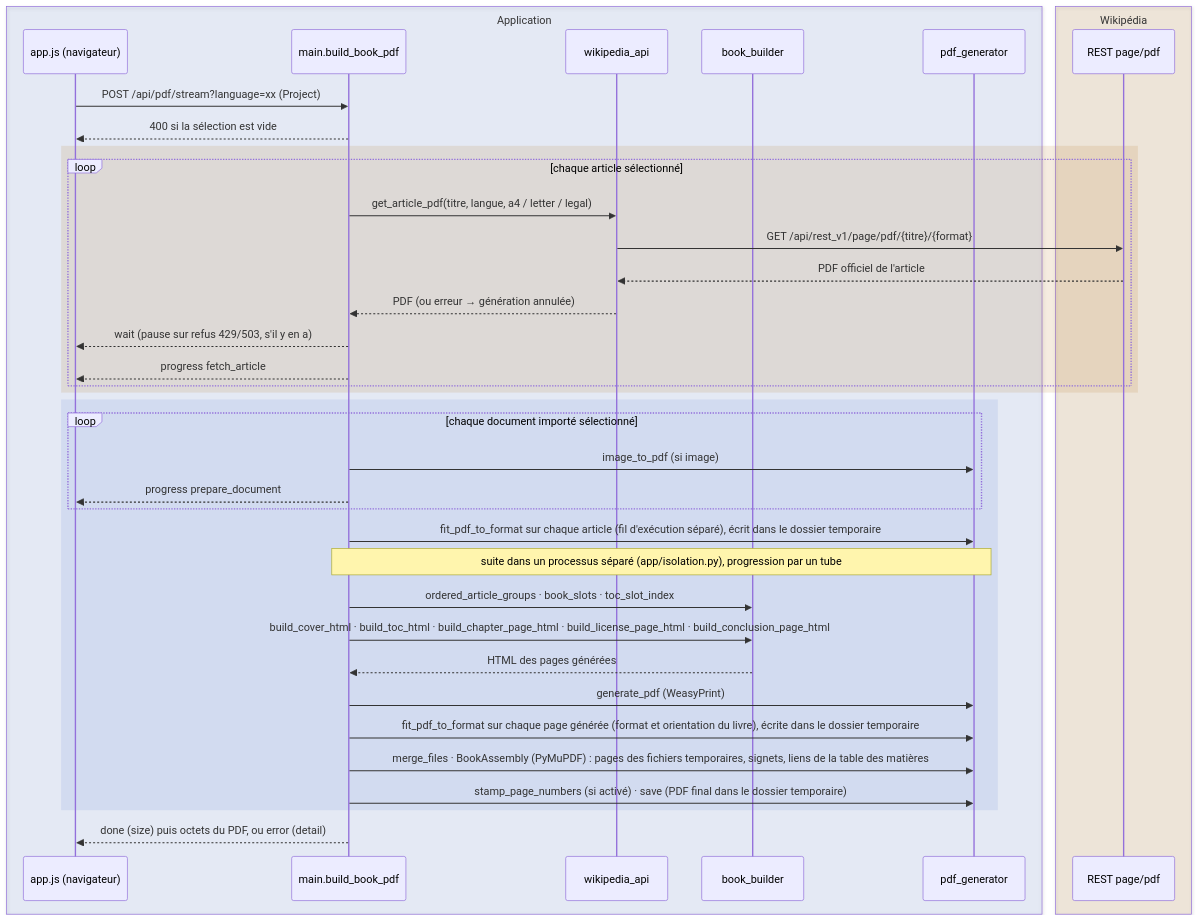
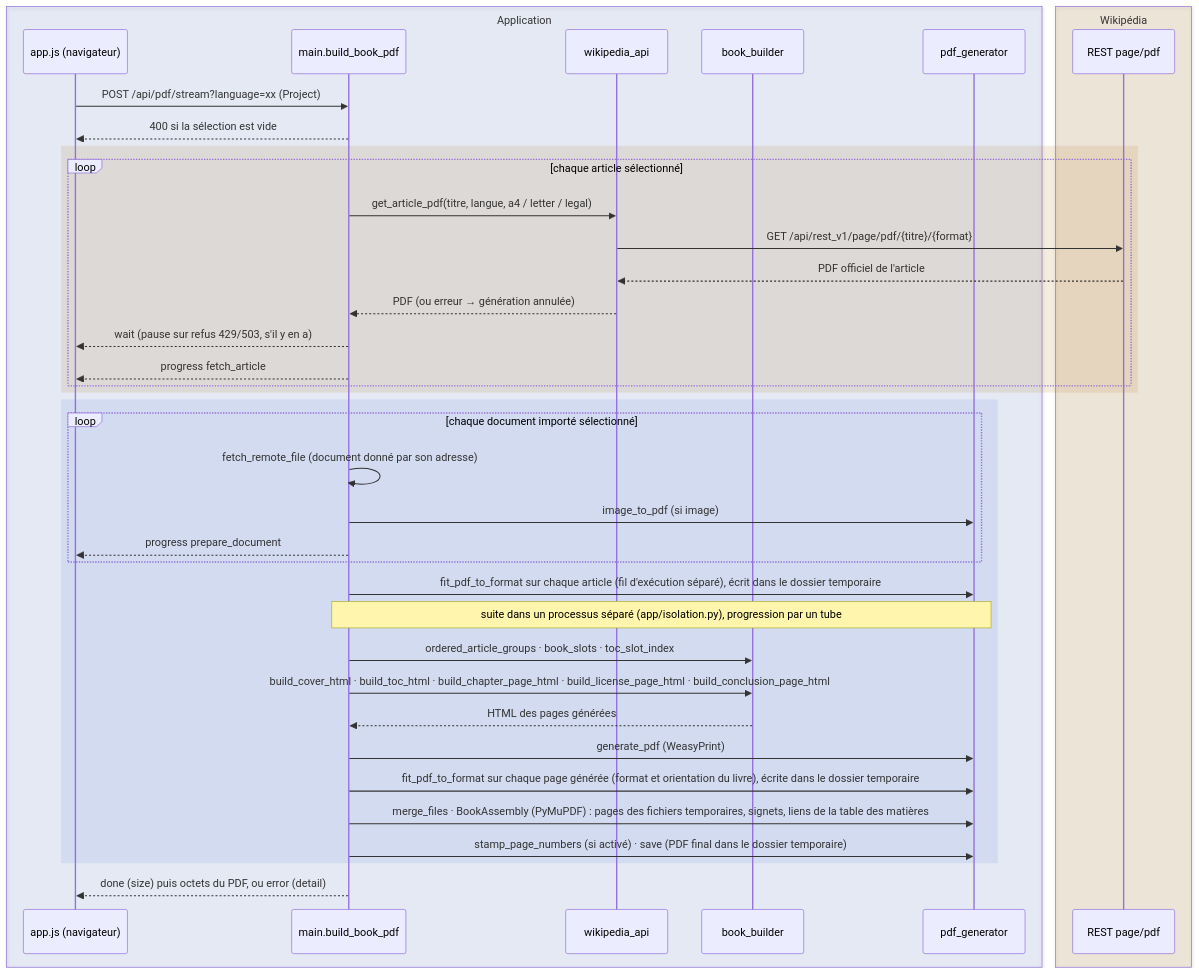
One commit to gmoulard/wikipedia2book changed the second of 2 diagrams in docs/SPECIFICATIONS.fr.md. Above: the diagram before and after it, drawn with Mermaid. The commit also changed other lines of this file and 15 other files, not shown here.

````diff
--- a/docs/SPECIFICATIONS.fr.md
+++ b/docs/SPECIFICATIONS.fr.md
@@ -993,42 +996,43 @@
 ```mermaid
 sequenceDiagram
     box rgba(51,102,204,0.10) Application
         participant U as app.js (navigateur)
         participant M as main.build_book_pdf
         participant W as wikipedia_api
         participant B as book_builder
         participant P as pdf_generator
     end
     box rgba(172,102,0,0.12) Wikipédia
         participant R as REST page/pdf
     end
 
     U->>M: POST /api/pdf/stream?language=xx (Project)
     M-->>U: 400 si la sélection est vide
     rect rgba(172,102,0,0.12)
         loop chaque article sélectionné
             M->>W: get_article_pdf(titre, langue, a4 / letter / legal)
             W->>R: GET /api/rest_v1/page/pdf/{titre}/{format}
             R-->>W: PDF officiel de l'article
             W-->>M: PDF (ou erreur → génération annulée)
             M-->>U: wait (pause sur refus 429/503, s'il y en a)
             M-->>U: progress fetch_article
         end
     end
     rect rgba(51,102,204,0.10)
         loop chaque document importé sélectionné
+            M->>M: fetch_remote_file (document donné par son adresse)
             M->>P: image_to_pdf (si image)
             M-->>U: progress prepare_document
         end
         M->>P: fit_pdf_to_format sur chaque article (fil d'exécution séparé), écrit dans le dossier temporaire
         Note over M,P: suite dans un processus séparé (app/isolation.py), progression par un tube
         M->>B: ordered_article_groups · book_slots · toc_slot_index
         M->>B: build_cover_html · build_toc_html · build_chapter_page_html · build_license_page_html · build_conclusion_page_html
         B-->>M: HTML des pages générées
         M->>P: generate_pdf (WeasyPrint)
         M->>P: fit_pdf_to_format sur chaque page générée (format et orientation du livre), écrite dans le dossier temporaire
         M->>P: merge_files · BookAssembly (PyMuPDF) : pages des fichiers temporaires, signets, liens de la table des matières
         M->>P: stamp_page_numbers (si activé) · save (PDF final dans le dossier temporaire)
     end
     M-->>U: done (size) puis octets du PDF, ou error (detail)
 ```
````
